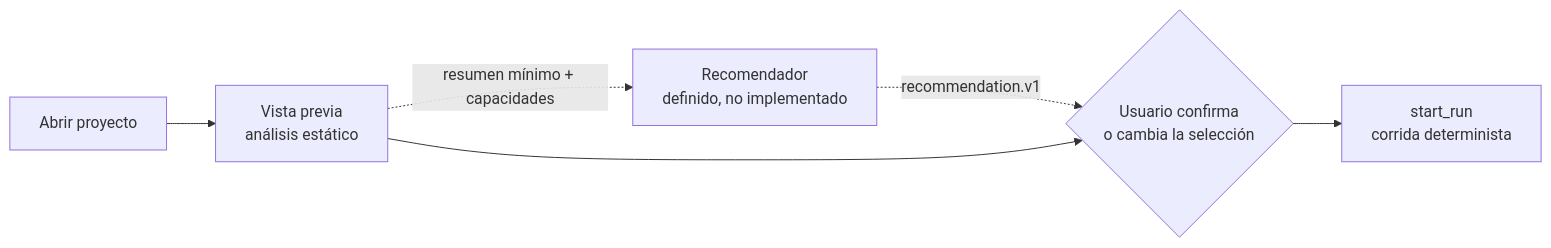
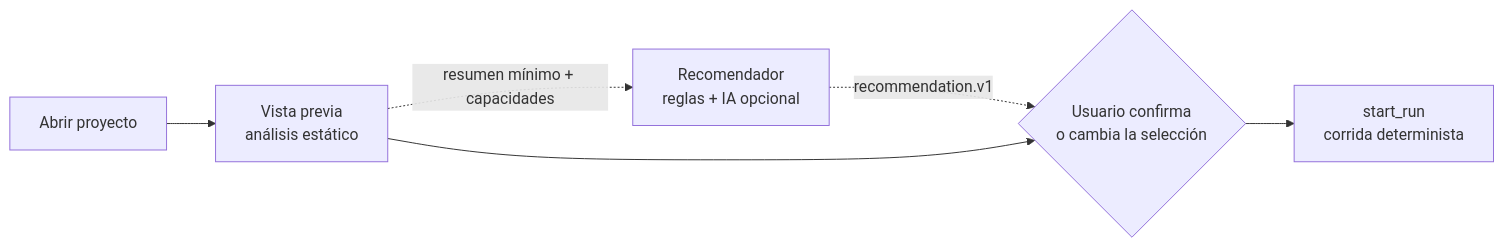
Before and after one commit to AngelOncoy/QAgent: the sixth of 13 diagrams in docs/arquitectura.md, drawn with Mermaid. The commit also changed other lines of this file and 2 other files, not shown here.

Commit message:
docs(#245): proponer ADR-014 de pruebas de integración interna y actualizar el estado del Recomendador

````diff
--- a/docs/arquitectura.md
+++ b/docs/arquitectura.md
@@ -425,8 +425,8 @@
 ```mermaid
 flowchart LR
     A["Abrir proyecto"] --> V["Vista previa<br/>análisis estático"]
-    V -. "resumen mínimo + capacidades" .-> REC["Recomendador<br/>definido, no implementado"]
+    V -. "resumen mínimo + capacidades" .-> REC["Recomendador<br/>reglas + IA opcional"]
     REC -. "recommendation.v1" .-> U{"Usuario confirma<br/>o cambia la selección"}
     V --> U
     U --> S["start_run<br/>corrida determinista"]
 ```
````
